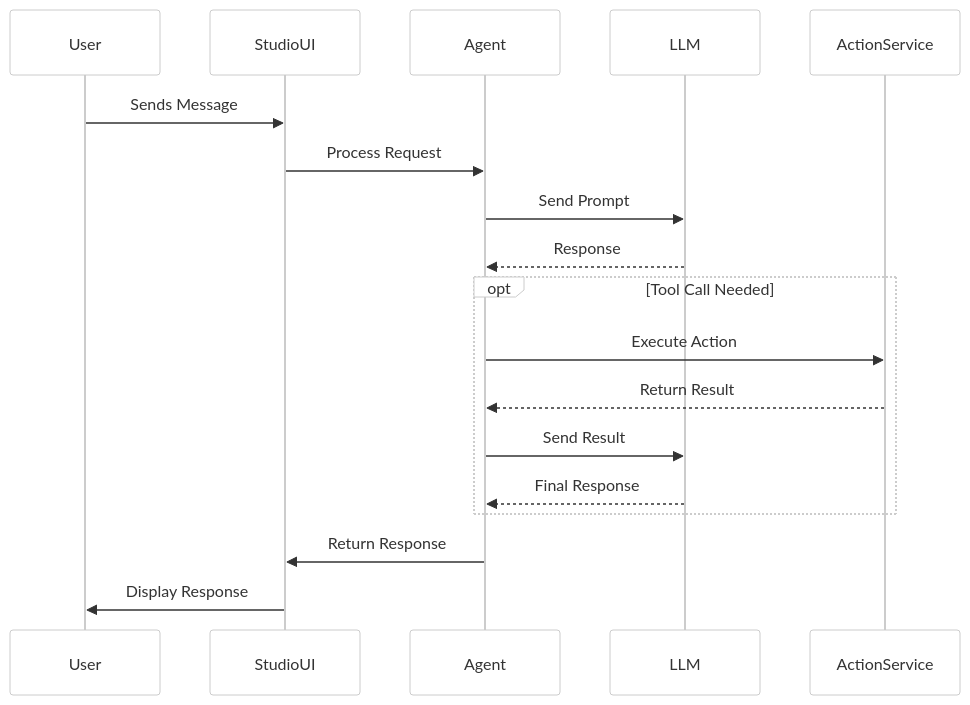
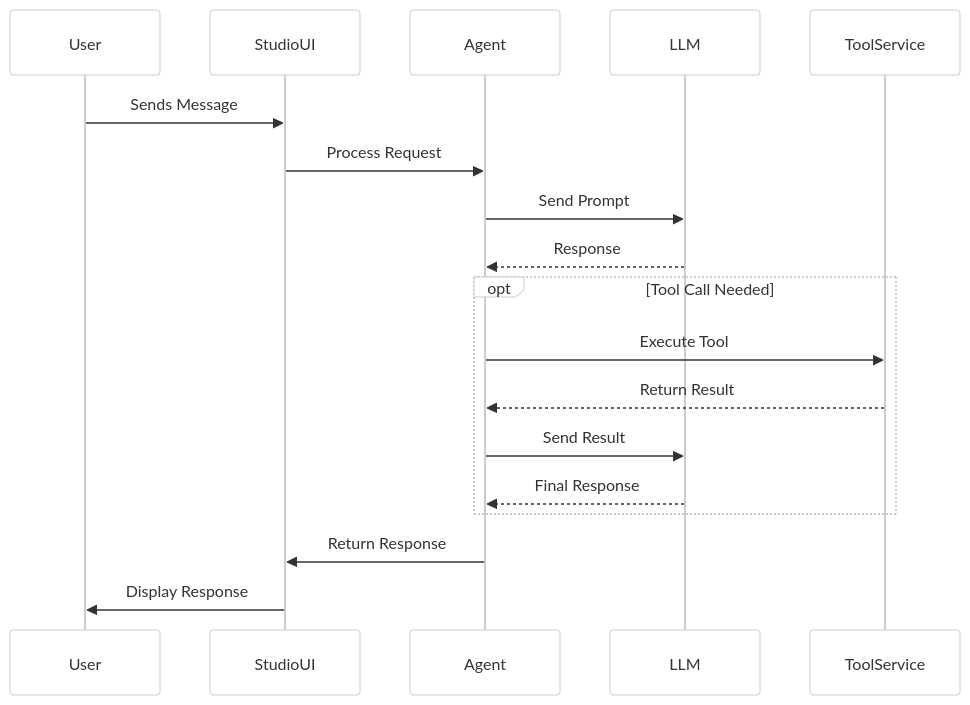
The second of 2 diagrams in docs/content/docs/concepts/profiles-agent.mdx (genbase-project/genbase), drawn with Mermaid before and after one commit. The commit also changed other lines of this file and 55 other files, not shown here.

Commit message:
rename action to tool

````diff
--- a/docs/content/docs/concepts/profiles-agent.mdx
+++ b/docs/content/docs/concepts/profiles-agent.mdx
@@ -86,38 +86,38 @@
 ```mermaid
 %%{init: {
   'theme': 'base',
   'themeVariables': {
     'primaryColor': '#fff',
     'primaryTextColor': '#333',
     'primaryBorderColor': '#ccc',
     'lineColor': '#333',
     'secondaryColor': '#f5f5f5',
     'tertiaryColor': '#fff',
     'activationBorderColor': '#f5f5f5',
     'activationBkgColor': '#f5f5f5'
   }
 }}%%
 
 sequenceDiagram
     participant User as User
     participant UI as StudioUI
     participant Agent as Agent
     participant LLM as LLM
-    participant Action as ActionService
+    participant Tool as ToolService
 
     User->>UI: Sends Message
     UI->>Agent: Process Request
     
     Agent->>LLM: Send Prompt
     LLM-->>Agent: Response
     
     opt Tool Call Needed
-        Agent->>Action: Execute Action
-        Action-->>Agent: Return Result
+        Agent->>Tool: Execute Tool
+        Tool-->>Agent: Return Result
         Agent->>LLM: Send Result
         LLM-->>Agent: Final Response
     end
     
     Agent->>UI: Return Response
     UI->>User: Display Response
 ```
````
